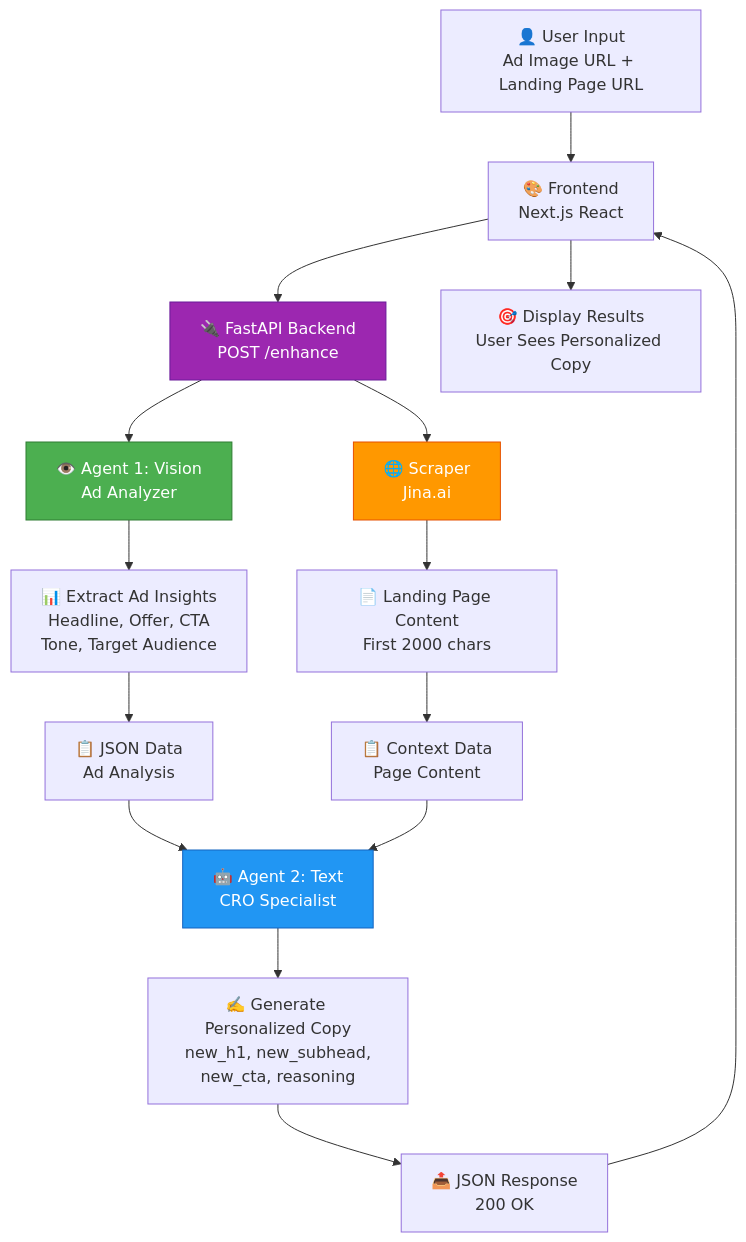
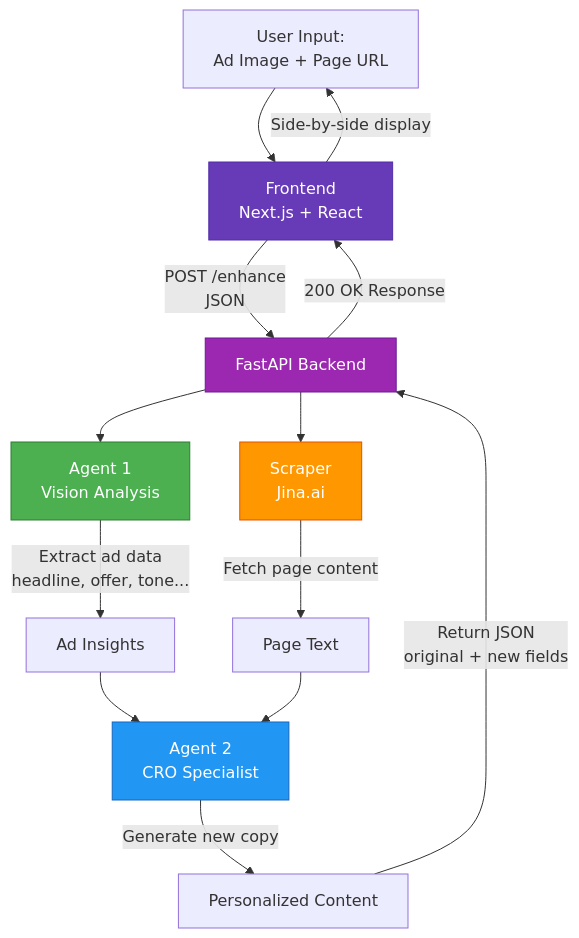
Before and after one commit to ApexYash11/Troopod-assigment: the first of 5 diagrams in README.md, drawn with Mermaid. The commit also changed other lines of this file and 7 other files, not shown here.

First line of the commit message:
feat: Enhance ad analysis and landing page personalization

````diff
--- a/README.md
+++ b/README.md
@@ -30,29 +49,26 @@
 ```mermaid
 graph TD
-    A["👤 User Input<br/>Ad Image URL + Landing Page URL"] --> B["🎨 Frontend<br/>Next.js React"]
-    B --> C["🔌 FastAPI Backend<br/>POST /enhance"]
+    A["User Input:<br/>Ad Image + Page URL"] --> B["Frontend<br/>Next.js + React"]
+    B -->|"POST /enhance<br/>JSON"| C["FastAPI Backend"]
     
-    C --> D["👁️ Agent 1: Vision<br/>Ad Analyzer"]
-    C --> E["🌐 Scraper<br/>Jina.ai"]
+    C --> D["Agent 1<br/>Vision Analysis"]
+    C --> E["Scraper<br/>Jina.ai"]
     
-    D --> F["📊 Extract Ad Insights<br/>Headline, Offer, CTA<br/>Tone, Target Audience"]
-    E --> G["📄 Landing Page Content<br/>First 2000 chars"]
+    D -->|"Extract ad data<br/>headline, offer, tone..."| F["Ad Insights"]
+    E -->|"Fetch page content"| G["Page Text"]
     
-    F --> H["📋 JSON Data<br/>Ad Analysis"]
-    G --> I["📋 Context Data<br/>Page Content"]
+    F --> H["Agent 2<br/>CRO Specialist"]
+    G --> H
     
-    H --> J["🤖 Agent 2: Text<br/>CRO Specialist"]
-    I --> J
+    H -->|"Generate new copy"| I["Personalized Content"]
+    I -->|"Return JSON<br/>original + new fields"| C
     
-    J --> K["✍️ Generate Personalized Copy<br/>new_h1, new_subhead,<br/>new_cta, reasoning"]
-    
-    K --> L["📤 JSON Response<br/>200 OK"]
-    L --> B
-    
-    B --> M["🎯 Display Results<br/>User Sees Personalized Copy"]
+    C -->|"200 OK Response"| B
+    B -->|"Side-by-side display"| A
     
     style D fill:#4CAF50,stroke:#2E7D32,color:#fff
-    style J fill:#2196F3,stroke:#1565C0,color:#fff
+    style H fill:#2196F3,stroke:#1565C0,color:#fff
     style E fill:#FF9800,stroke:#E65100,color:#fff
+    style B fill:#673AB7,stroke:#512DA8,color:#fff
     style C fill:#9C27B0,stroke:#6A1B9A,color:#fff
 ```
````
